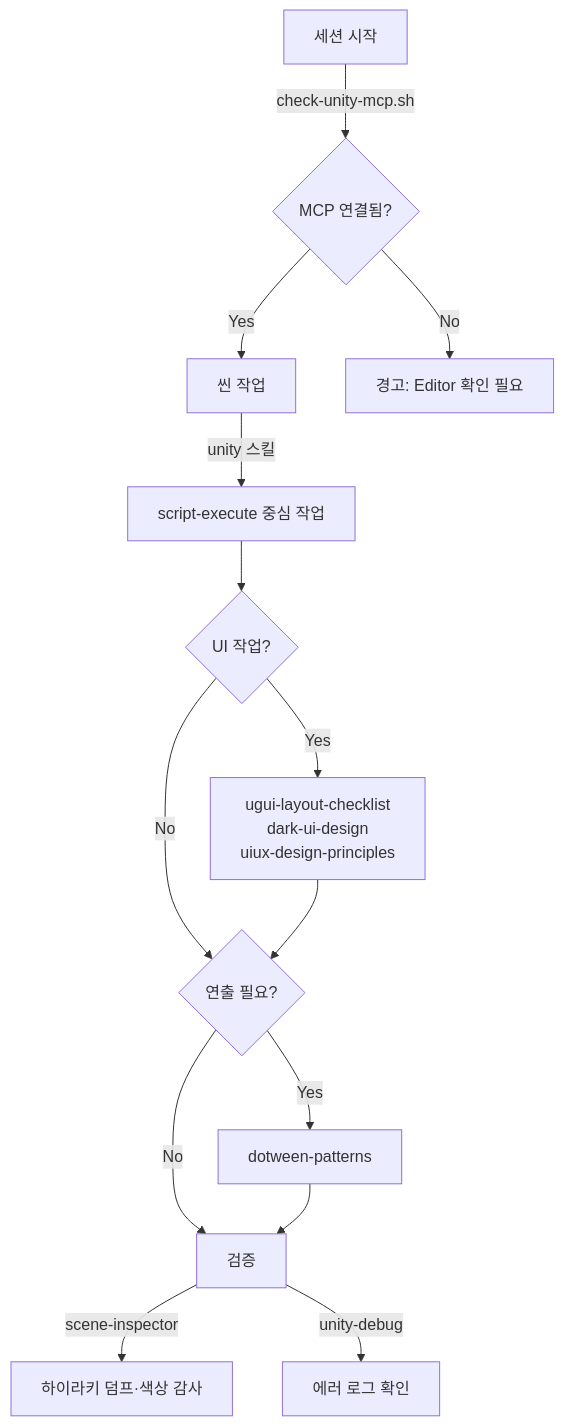
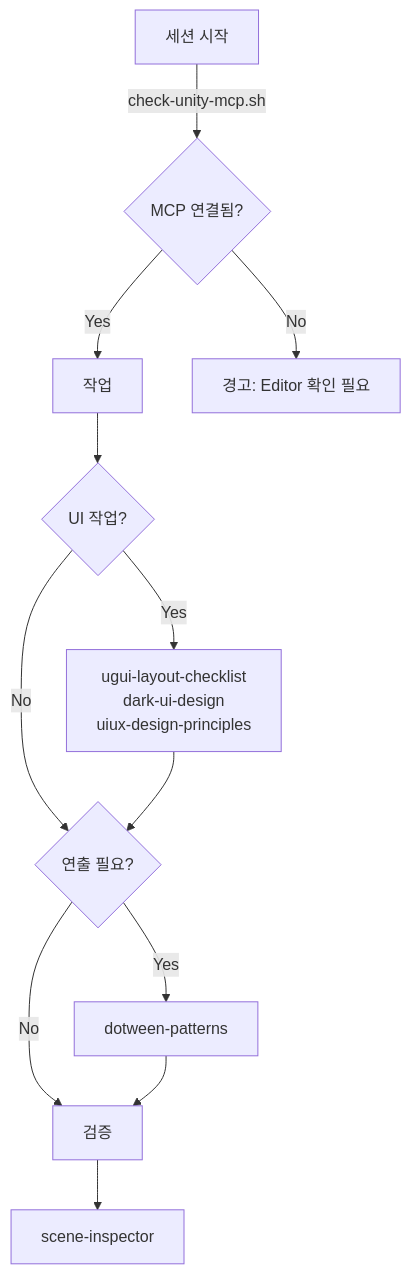
One commit to wooson00308/CCUF changed the second of 2 diagrams in docs/ko.md. Above: the diagram before and after it, drawn with Mermaid. The commit also changed other lines of this file and 1 other file, not shown here.

Commit message:
fix: 플로우 다이어그램에서 삭제된 스킬 참조 제거

````diff
--- a/docs/ko.md
+++ b/docs/ko.md
@@ -89,16 +89,14 @@
 ```mermaid
 graph TD
     A[세션 시작] -->|check-unity-mcp.sh| B{MCP 연결됨?}
-    B -->|Yes| C[씬 작업]
+    B -->|Yes| C[작업]
     B -->|No| B2[경고: Editor 확인 필요]
-    C -->|unity 스킬| D[script-execute 중심 작업]
-    D --> E{UI 작업?}
+    C --> E{UI 작업?}
     E -->|Yes| F[ugui-layout-checklist<br/>dark-ui-design<br/>uiux-design-principles]
     E -->|No| G{연출 필요?}
     F --> G
     G -->|Yes| H[dotween-patterns]
     G -->|No| I[검증]
     H --> I
-    I -->|scene-inspector| J[하이라키 덤프·색상 감사]
-    I -->|unity-debug| K[에러 로그 확인]
+    I --> J[scene-inspector]
 ```
````
